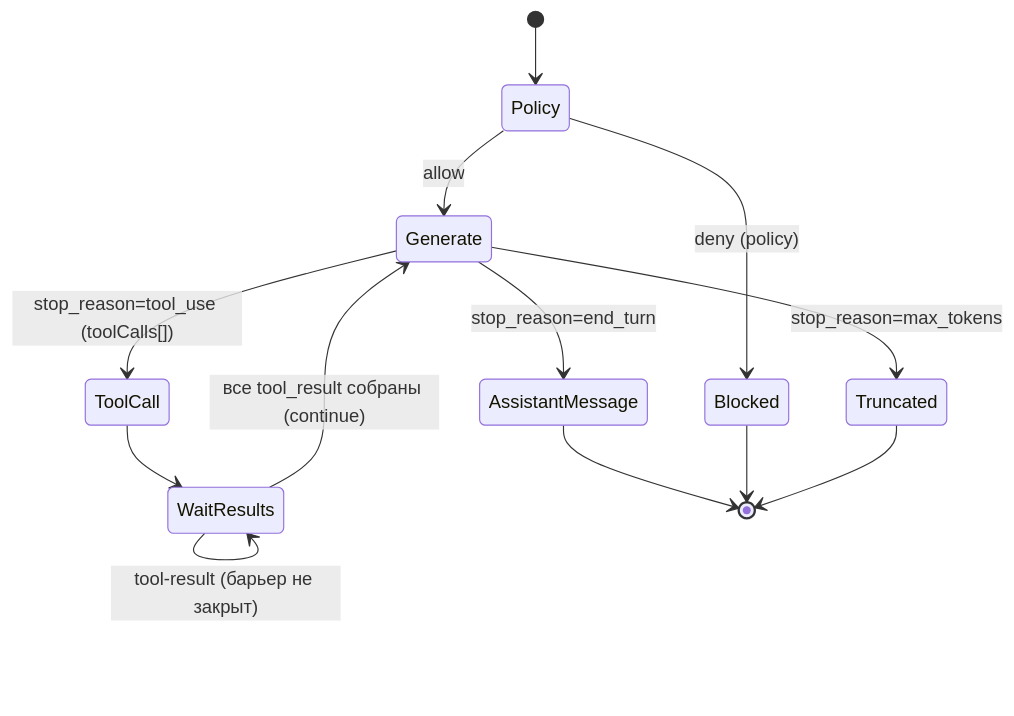
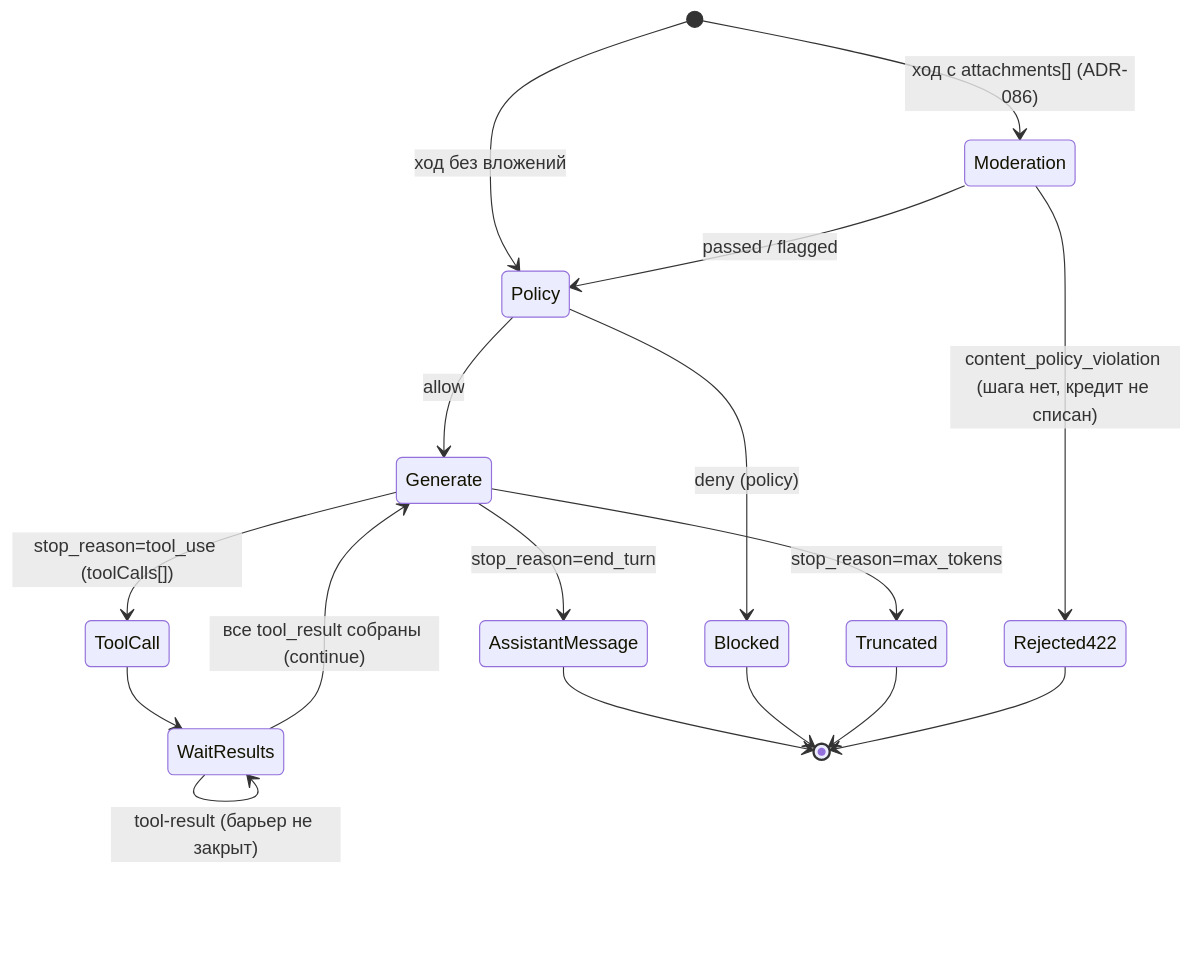
Before and after one commit to eliseiv/claude-ios: the diagram in docs/modules/chat-orchestrator/03-architecture.md, drawn with Mermaid. The commit also changed other lines of this file and 53 other files, not shown here.

````diff
--- a/docs/modules/chat-orchestrator/03-architecture.md
+++ b/docs/modules/chat-orchestrator/03-architecture.md
@@ -39,15 +40,19 @@
 ```mermaid
 stateDiagram-v2
-    [*] --> Policy
+    [*] --> Moderation: ход с attachments[] (ADR-086)
+    [*] --> Policy: ход без вложений
+    Moderation --> Rejected422: content_policy_violation (шага нет, кредит не списан)
+    Moderation --> Policy: passed / flagged
     Policy --> Blocked: deny (policy)
     Policy --> Generate: allow
     Generate --> AssistantMessage: stop_reason=end_turn
     Generate --> ToolCall: stop_reason=tool_use (toolCalls[])
     Generate --> Truncated: stop_reason=max_tokens
     ToolCall --> WaitResults
     WaitResults --> WaitResults: tool-result (барьер не закрыт)
     WaitResults --> Generate: все tool_result собраны (continue)
     AssistantMessage --> [*]
     Blocked --> [*]
     Truncated --> [*]
+    Rejected422 --> [*]
 ```
````
